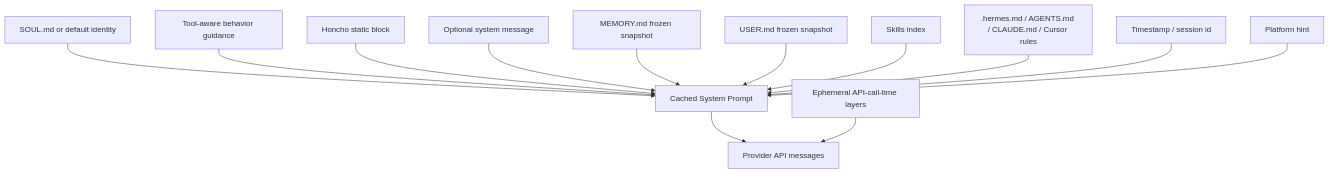
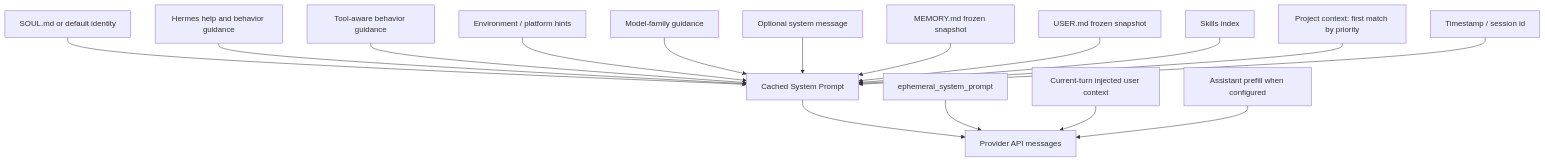
The diagram in docs/diagrams/02-prompt-layers.md (M1racleShih/hermes-relay), drawn with Mermaid before and after one commit. The commit also changed other lines of this file and 11 other files, not shown here.

````diff
--- a/docs/diagrams/02-prompt-layers.md
+++ b/docs/diagrams/02-prompt-layers.md
@@ -3,29 +3,35 @@
 ```mermaid
 flowchart TB
     Soul[SOUL.md or default identity]
+    Help[Hermes help and behavior guidance]
     Guidance[Tool-aware behavior guidance]
-    Honcho[Honcho static block]
+    Env[Environment / platform hints]
+    ModelGuidance[Model-family guidance]
     Sys[Optional system message]
     Memory[MEMORY.md frozen snapshot]
     User[USER.md frozen snapshot]
     Skills[Skills index]
-    Context[.hermes.md / AGENTS.md / CLAUDE.md / Cursor rules]
+    Context[Project context: first match by priority]
     Time[Timestamp / session id]
-    Platform[Platform hint]
     Cached[Cached System Prompt]
-    Ephemeral[Ephemeral API-call-time layers]
+    EphemeralSystem[ephemeral_system_prompt]
+    EphemeralUser[Current-turn injected user context]
+    Prefill[Assistant prefill when configured]
     API[Provider API messages]
 
     Soul --> Cached
+    Help --> Cached
     Guidance --> Cached
-    Honcho --> Cached
+    Env --> Cached
+    ModelGuidance --> Cached
     Sys --> Cached
     Memory --> Cached
     User --> Cached
     Skills --> Cached
     Context --> Cached
     Time --> Cached
-    Platform --> Cached
     Cached --> API
-    Ephemeral --> API
+    EphemeralSystem --> API
+    EphemeralUser --> API
+    Prefill --> API
 ```
````
